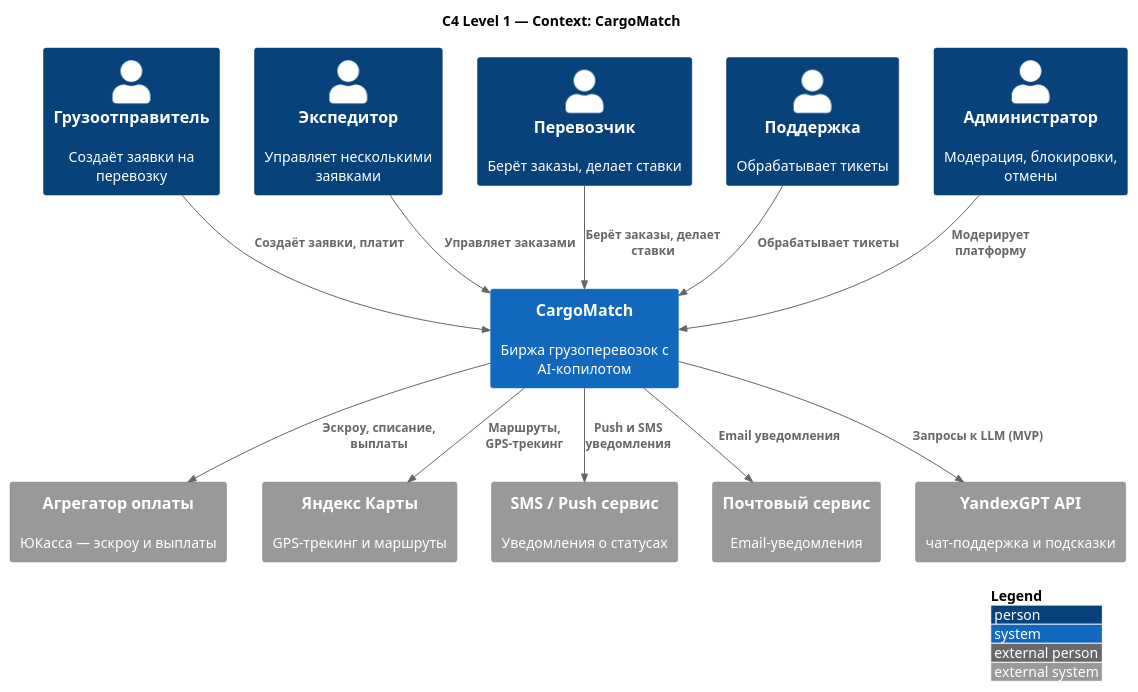
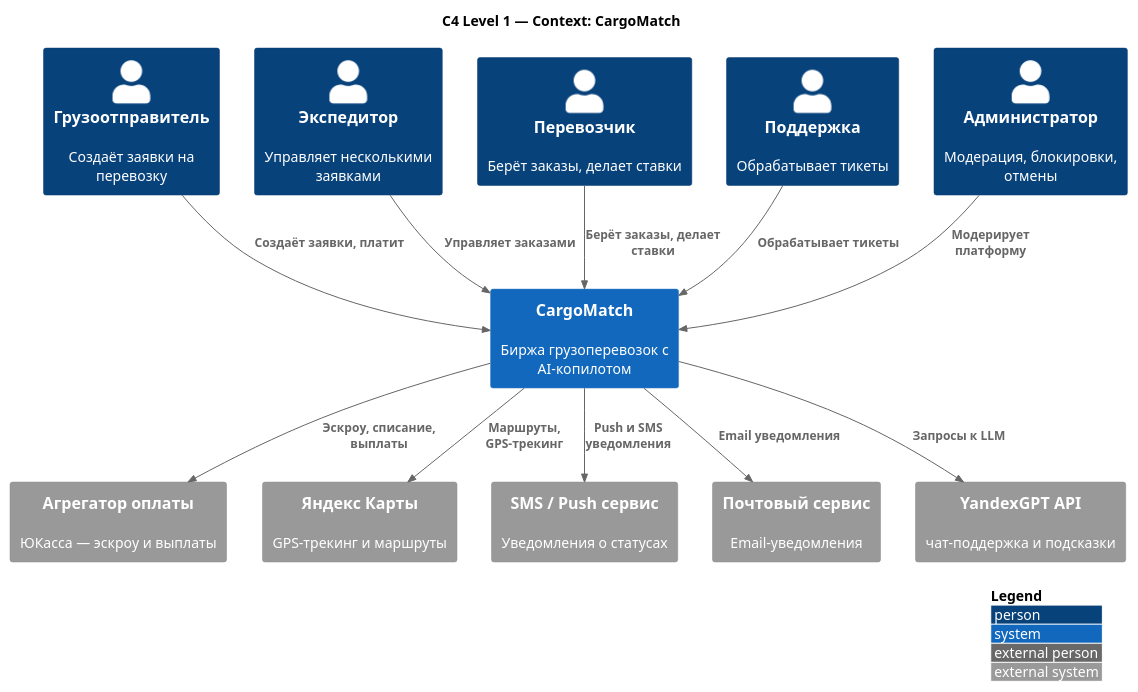
The diagram in docs/L1.puml (chaykanet/2026-VK-EDU-IT-Project_Managment-Pozdyshev-A), drawn with PlantUML before and after one commit. The commit also changed 1 other file, not shown here.

```diff
--- a/docs/L1.puml
+++ b/docs/L1.puml
@@ -1,34 +1,34 @@
 @startuml C4_Level1_CargoMatch
 !include https://raw.githubusercontent.com/plantuml-stdlib/C4-PlantUML/master/C4_Context.puml
 
 LAYOUT_WITH_LEGEND()
 
 title C4 Level 1 — Context: CargoMatch
 
 Person(shipper, "Грузоотправитель", "Создаёт заявки на перевозку")
 Person(expeditor, "Экспедитор", "Управляет несколькими заявками")
 Person(carrier, "Перевозчик", "Берёт заказы, делает ставки")
 Person(support, "Поддержка", "Обрабатывает тикеты")
 Person(admin, "Администратор", "Модерация, блокировки, отмены")
 
 System(cargomatch, "CargoMatch", "Биржа грузоперевозок с AI-копилотом")
 
 System_Ext(payment, "Агрегатор оплаты", "ЮКасса — эскроу и выплаты")
 System_Ext(maps, "Яндекс Карты", "GPS-трекинг и маршруты")
 System_Ext(sms, "SMS / Push сервис", "Уведомления о статусах")
 System_Ext(email, "Почтовый сервис", "Email-уведомления")
 System_Ext(llm, "YandexGPT API", "чат-поддержка и подсказки")
 
 Rel(shipper,    cargomatch, "Создаёт заявки, платит")
 Rel(expeditor,  cargomatch, "Управляет заказами")
 Rel(carrier,    cargomatch, "Берёт заказы, делает ставки")
 Rel(support,    cargomatch, "Обрабатывает тикеты")
 Rel(admin,      cargomatch, "Модерирует платформу")
 
 Rel(cargomatch, payment, "Эскроу, списание, выплаты")
 Rel(cargomatch, maps,    "Маршруты, GPS-трекинг")
 Rel(cargomatch, sms,     "Push и SMS уведомления")
 Rel(cargomatch, email,   "Email уведомления")
-Rel(cargomatch, llm,     "Запросы к LLM (MVP)")
+Rel(cargomatch, llm,     "Запросы к LLM")
 
 @enduml
```
